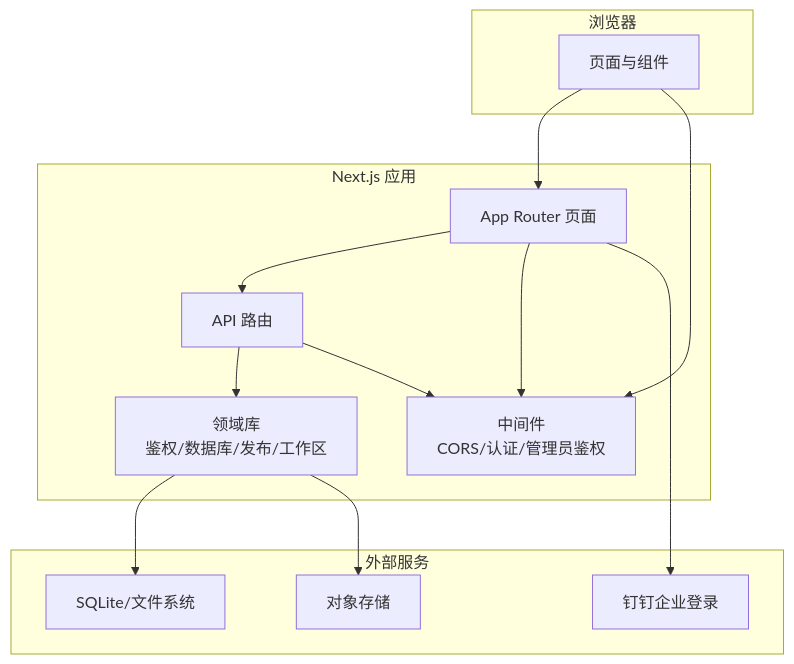
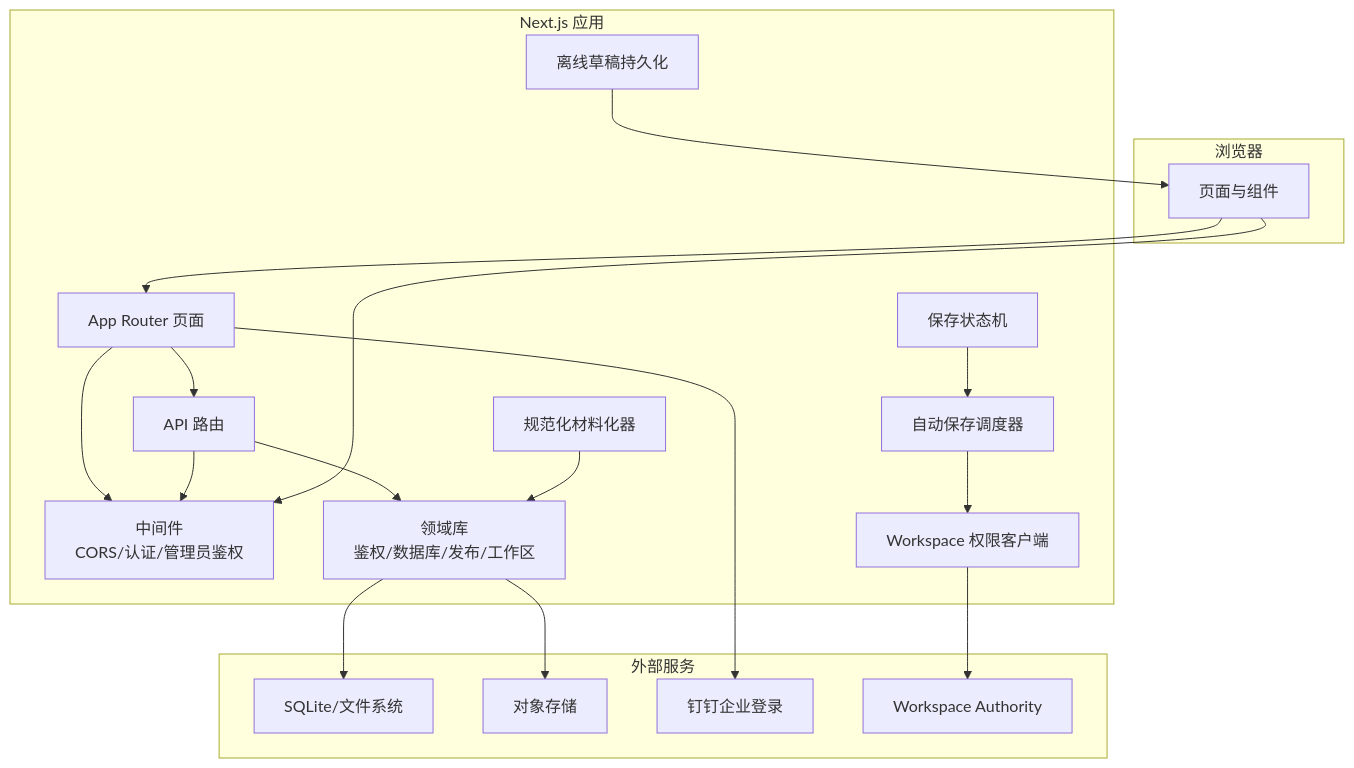
One commit to qihaogithub/workbench changed the second of 14 diagrams in .qoder/repowiki/zh/content/前端应用/创作端应用 (Author Site)/创作端应用 (Author Site).md. Above: the diagram before and after it, drawn with Mermaid. The commit also changed other lines of this file and 448 other files, not shown here.

````diff
--- a/.qoder/repowiki/zh/content/前端应用/创作端应用 (Author Site)/创作端应用 (Author Site).md
+++ b/.qoder/repowiki/zh/content/前端应用/创作端应用 (Author Site)/创作端应用 (Author Site).md
@@ -86,26 +123,37 @@
 ```mermaid
 graph TB
 subgraph "浏览器"
 UI["页面与组件"]
 end
 subgraph "Next.js 应用"
 MW["中间件<br/>CORS/认证/管理员鉴权"]
 Pages["App Router 页面"]
 API["API 路由"]
 Lib["领域库<br/>鉴权/数据库/发布/工作区"]
+WAC["Workspace 权限客户端"]
+AS["自动保存调度器"]
+SSM["保存状态机"]
+CM["规范化材料化器"]
+OD["离线草稿持久化"]
 end
 subgraph "外部服务"
 DB["SQLite/文件系统"]
 OSS["对象存储"]
 DingTalk["钉钉企业登录"]
+WA["Workspace Authority"]
 end
 UI --> Pages
 Pages --> API
 API --> Lib
 Lib --> DB
 Lib --> OSS
 Pages --> MW
 API --> MW
 UI --> MW
 Pages --> DingTalk
+WAC --> WA
+AS --> WAC
+SSM --> AS
+CM --> Lib
+OD --> UI
 ```
````
